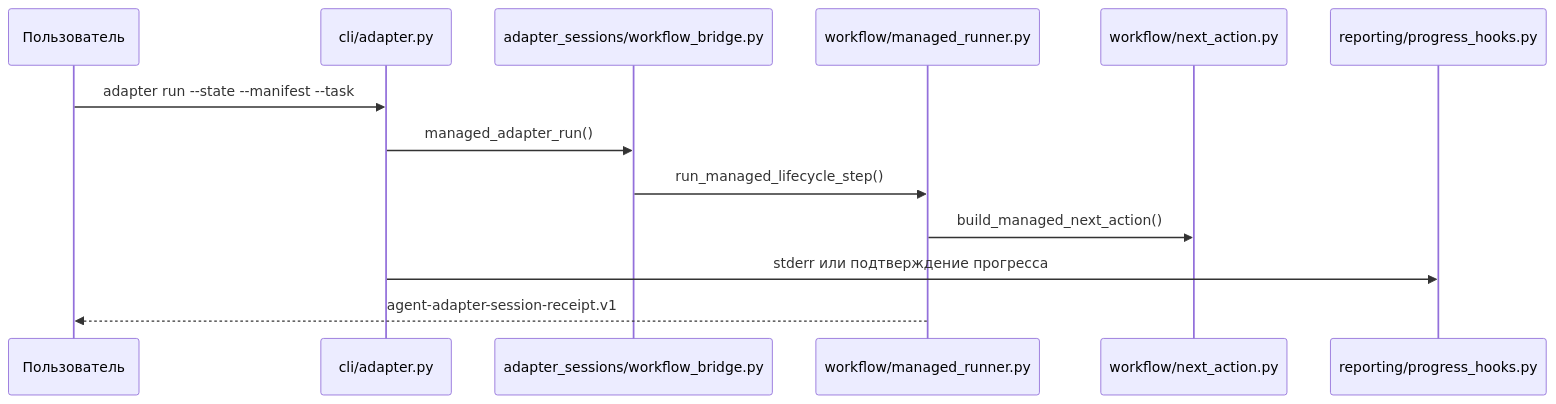
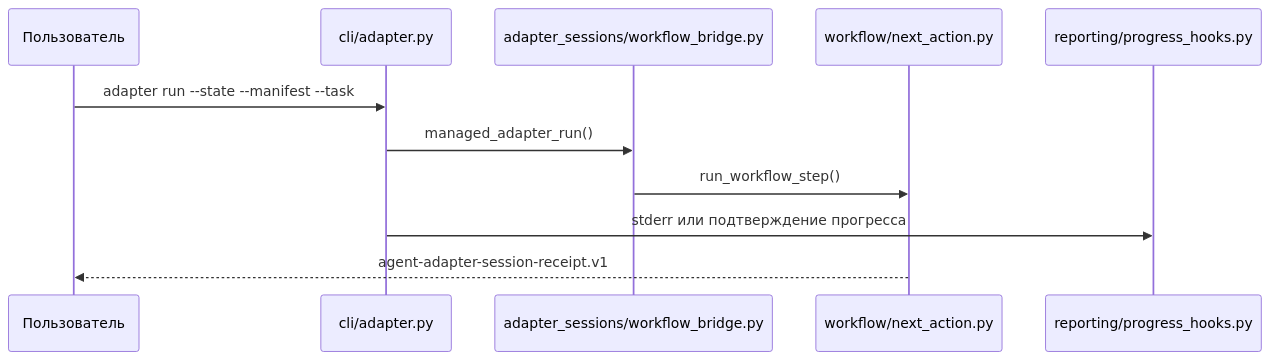
Diagram 12 of 19 in docs/ru/architecture/system-architecture.md (avksp/agent-lifecycle-kit), drawn with Mermaid before and after one commit. The commit also changed other lines of this file and 94 other files, not shown here.

````diff
--- a/docs/ru/architecture/system-architecture.md
+++ b/docs/ru/architecture/system-architecture.md
@@ -861,16 +856,15 @@
 ```mermaid
 sequenceDiagram
   participant User as Пользователь
   participant AdapterCLI as cli/adapter.py
   participant Bridge as adapter_sessions/workflow_bridge.py
-  participant Runner as workflow/managed_runner.py
+  participant Workflow as workflow/run.py
   participant Workflow as workflow/next_action.py
   participant Progress as reporting/progress_hooks.py
 
   User->>AdapterCLI: adapter run --state --manifest --task
   AdapterCLI->>Bridge: managed_adapter_run()
-  Bridge->>Runner: run_managed_lifecycle_step()
-  Runner->>Workflow: build_managed_next_action()
+  Bridge->>Workflow: run_workflow_step()
   AdapterCLI->>Progress: stderr или подтверждение прогресса
-  Runner-->>User: agent-adapter-session-receipt.v1
+  Workflow-->>User: agent-adapter-session-receipt.v1
 ```
````
